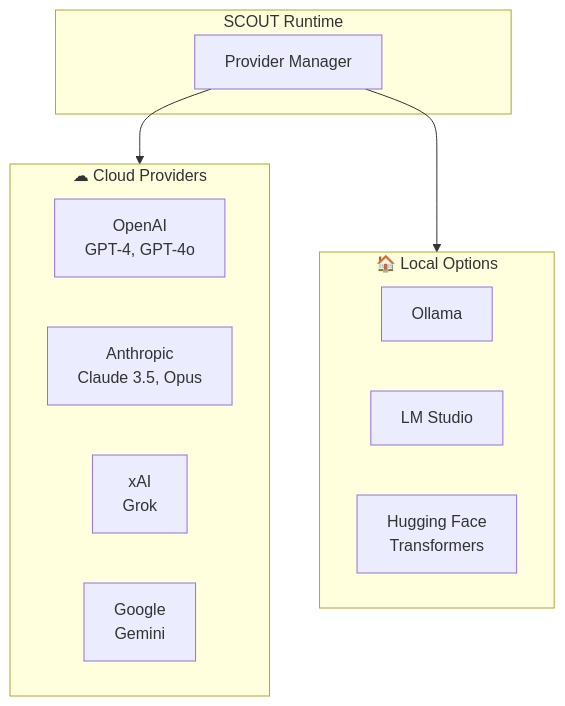
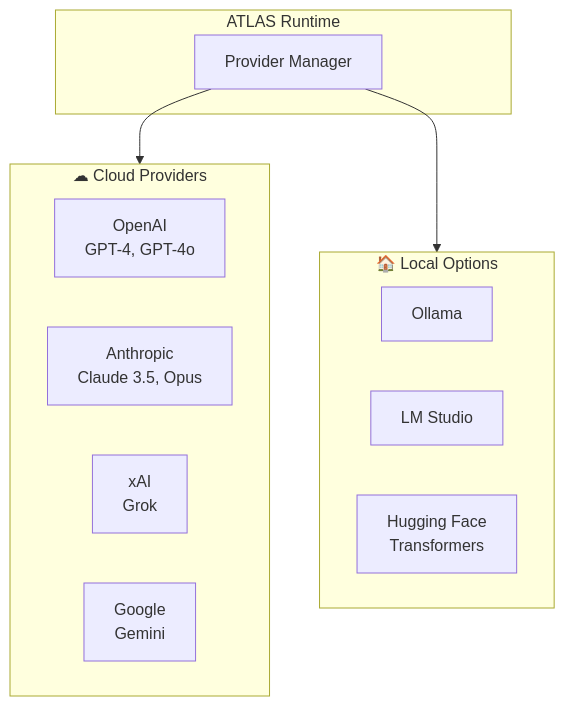
Before and after one commit to DigitalHallucinations/ATLAS: the fifth of 5 diagrams in README.md, drawn with Mermaid. The commit also changed other lines of this file and 48 other files, not shown here.

````diff
--- a/README.md
+++ b/README.md
@@ -331,22 +331,22 @@
 ```mermaid
 flowchart TD
-    subgraph SCOUT["SCOUT Runtime"]
+    subgraph ATLAS["ATLAS Runtime"]
         PM[Provider Manager]
     end
 
     subgraph Cloud["☁ Cloud Providers"]
         O[OpenAI<br/>GPT-4, GPT-4o]
         A[Anthropic<br/>Claude 3.5, Opus]
         X[xAI<br/>Grok]
         G[Google<br/>Gemini]
     end
 
     subgraph Local["🏠 Local Options"]
         L[Ollama]
         LM[LM Studio]
         HF[Hugging Face<br/>Transformers]
     end
 
     PM --> Cloud
     PM --> Local
 ```
````
